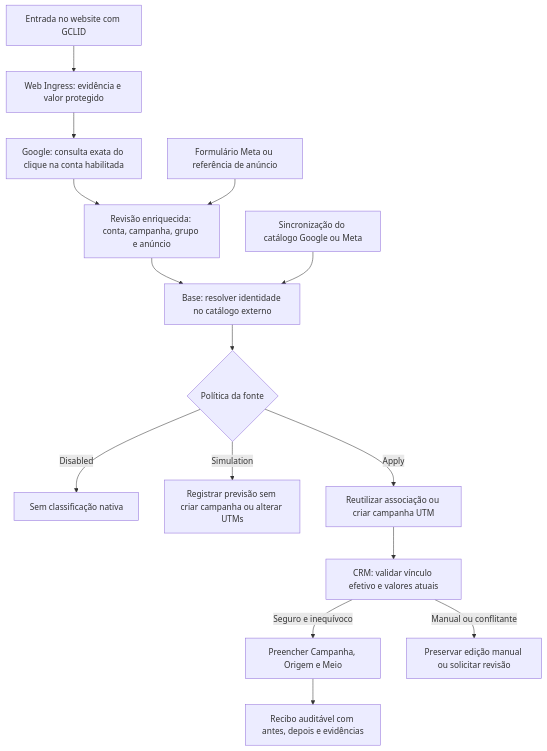
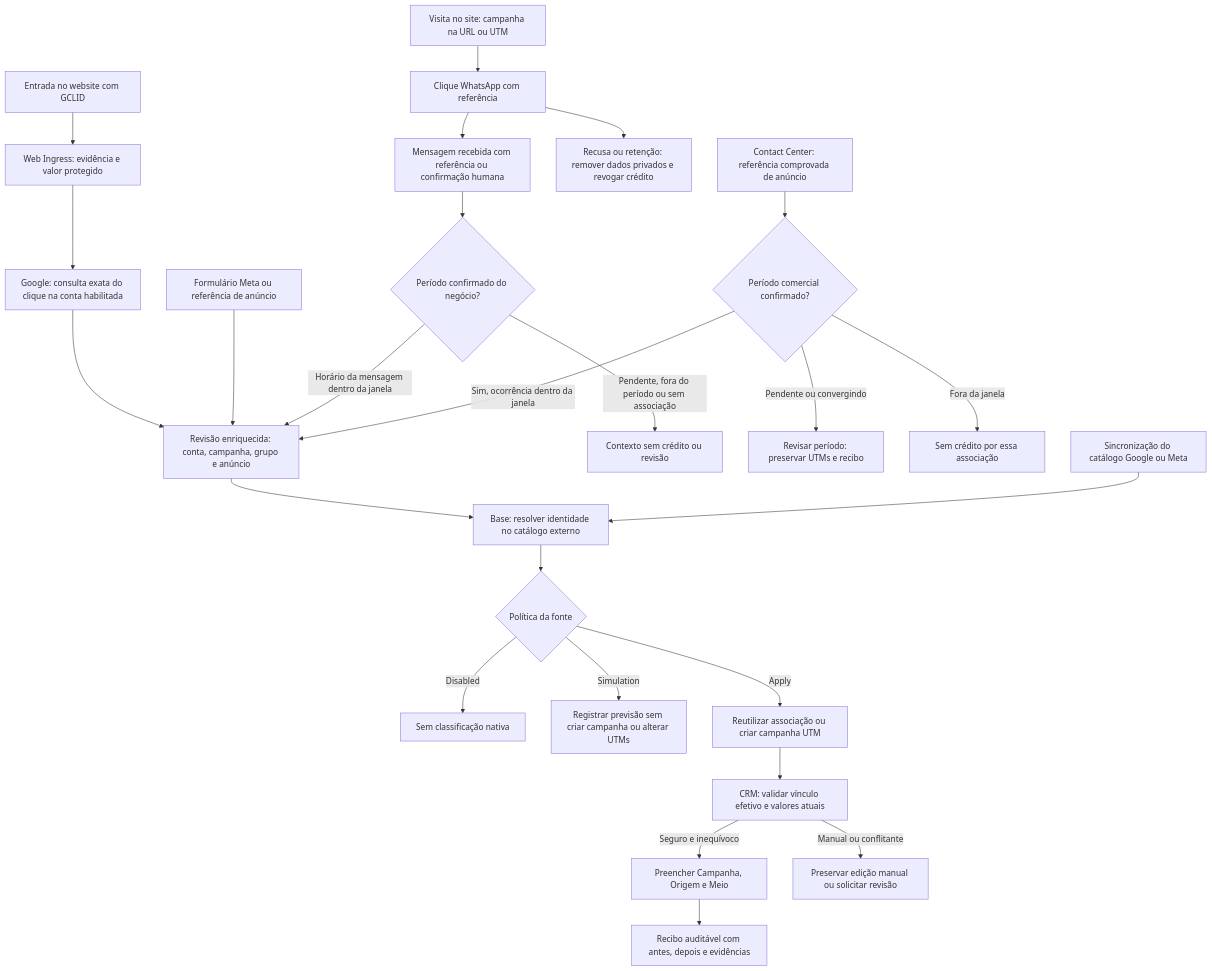
One commit to soloztech/marketing-center changed the diagram in docs/native-campaign-attribution.md. Above: the diagram before and after it, drawn with Mermaid. The commit also changed other lines of this file and 143 other files, not shown here.

First line of the commit message:
[FIX] Restore Contact Center marketing integration

````diff
--- a/docs/native-campaign-attribution.md
+++ b/docs/native-campaign-attribution.md
@@ -22,17 +23,27 @@
 ```mermaid
 flowchart TD
     W[Entrada no website com GCLID] --> V[Web Ingress: evidência e valor protegido]
     V --> G[Google: consulta exata do clique na conta habilitada]
     G --> E[Revisão enriquecida: conta, campanha, grupo e anúncio]
     M[Formulário Meta ou referência de anúncio] --> E
+    W2[Visita no site: campanha na URL ou UTM] --> K[Clique WhatsApp com referência]
+    K --> Msg[Mensagem recebida com referência ou confirmação humana]
+    Msg --> B2{Período confirmado do negócio?}
+    B2 -->|Horário da mensagem dentro da janela| E
+    B2 -->|Pendente, fora do período ou sem associação| Ctx[Contexto sem crédito ou revisão]
+    K --> Priv[Recusa ou retenção: remover dados privados e revogar crédito]
+    C[Contact Center: referência comprovada de anúncio] --> B{Período comercial confirmado?}
+    B -->|Sim, ocorrência dentro da janela| E
+    B -->|Pendente ou convergindo| Hold[Revisar período: preservar UTMs e recibo]
+    B -->|Fora da janela| Excluded[Sem crédito por essa associação]
     E --> R[Base: resolver identidade no catálogo externo]
     S[Sincronização do catálogo Google ou Meta] --> R
     R --> P{Política da fonte}
     P -->|Disabled| D[Sem classificação nativa]
     P -->|Simulation| T[Registrar previsão sem criar campanha ou alterar UTMs]
     P -->|Apply| U[Reutilizar associação ou criar campanha UTM]
     U --> L[CRM: validar vínculo efetivo e valores atuais]
     L -->|Seguro e inequívoco| A[Preencher Campanha, Origem e Meio]
     L -->|Manual ou conflitante| Q[Preservar edição manual ou solicitar revisão]
     A --> H[Recibo auditável com antes, depois e evidências]
 ```
````
